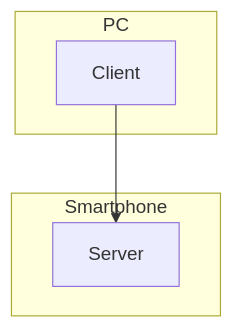
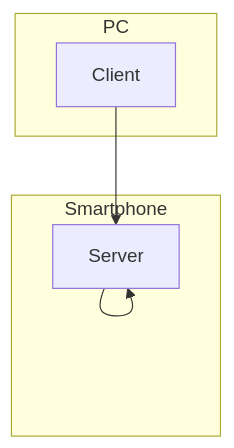
One commit to 201710808/Game-Stamina-Alarm changed the diagram in README.md. Above: the diagram before and after it, drawn with Mermaid.

````diff
--- a/README.md
+++ b/README.md
@@ -3,9 +3,10 @@
 ```mermaid
 graph TB;
     subgraph PC;
     Client;
     end;
     subgraph Smartphone;
     Client-->Server;
     end;
+    Server-->Server;
 ```
````
